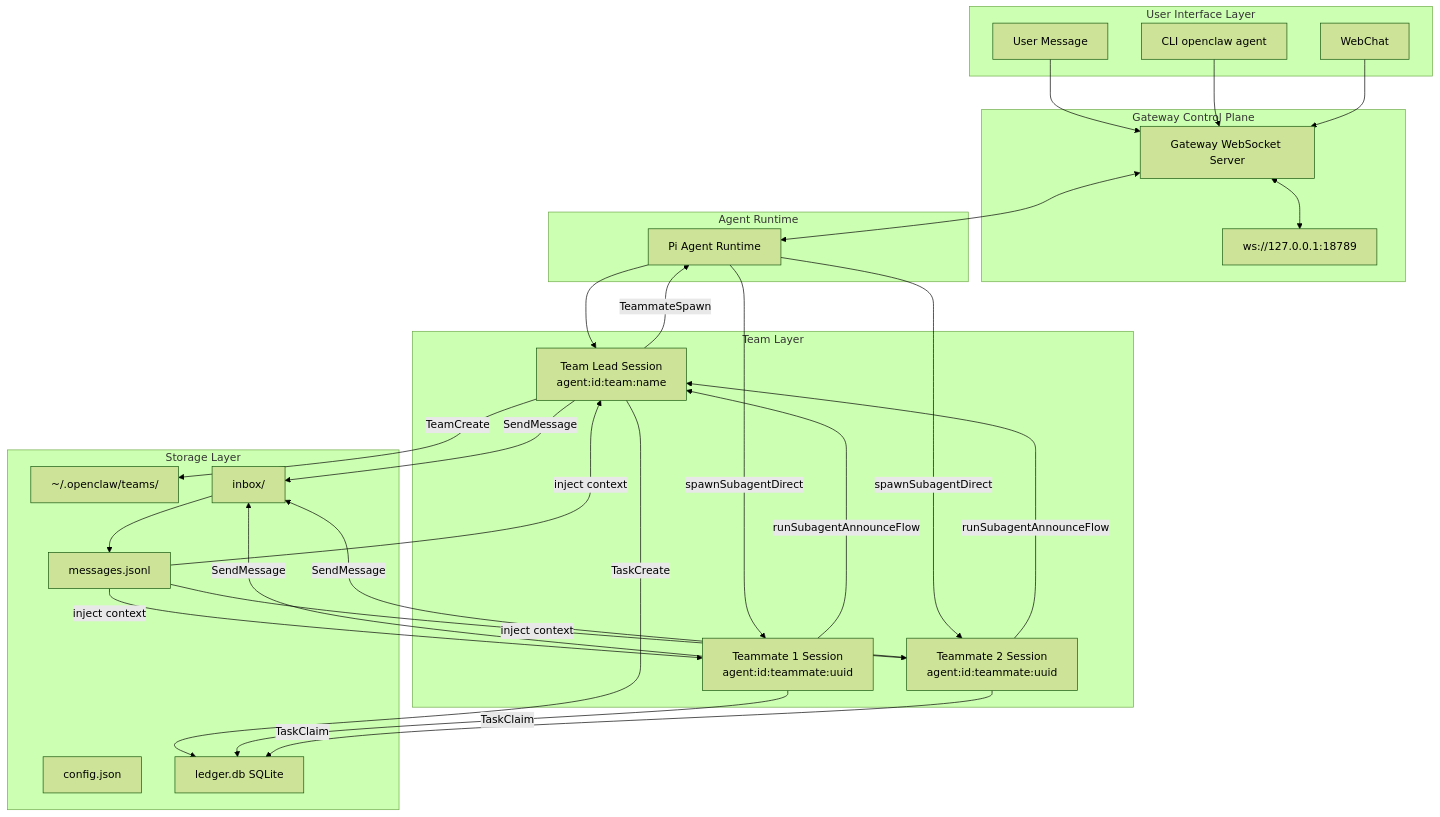
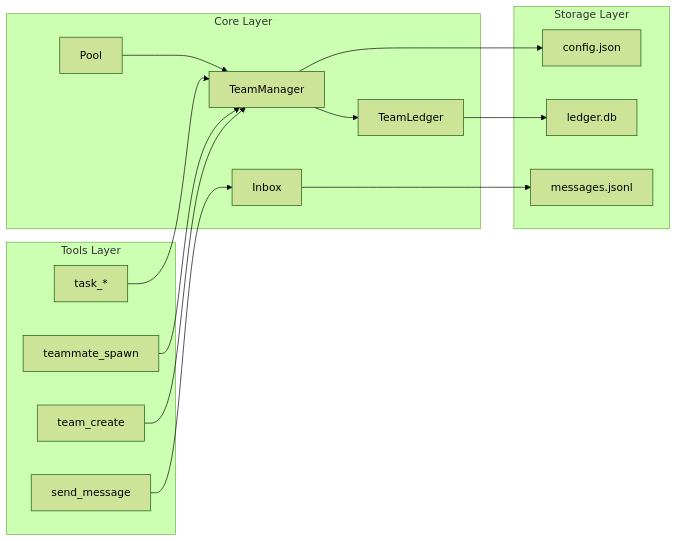
The diagram in docs/plans/2026-02-23-agent-teams-design/architecture.md (kbarbel640-del/openclaw), drawn with Mermaid (forest theme) before and after one commit. The commit also changed other lines of this file and 70 other files, not shown here.

First line of the commit message:
refactor(teams): consolidate plan, add task tools

````diff
--- a/docs/plans/2026-02-23-agent-teams-design/architecture.md
+++ b/docs/plans/2026-02-23-agent-teams-design/architecture.md
@@ -5,62 +52,33 @@
 ```mermaid
-graph TB
-    subgraph User Interface Layer
-        UI[User Message]
-        CLI[CLI openclaw agent]
-        WEB[WebChat]
+graph LR
+    subgraph Tools Layer
+        TC[team_create]
+        TS[teammate_spawn]
+        TK[task_*]
+        SM[send_message]
     end
 
-    subgraph Gateway Control Plane
-        GW[Gateway WebSocket Server]
-        WS[ws://127.0.0.1:18789]
-    end
-
-    subgraph Agent Runtime
-        PI[Pi Agent Runtime]
-    end
-
-    subgraph Team Layer
-        TL[Team Lead Session<br/>agent:id:team:name]
-        TM1[Teammate 1 Session<br/>agent:id:teammate:uuid]
-        TM2[Teammate 2 Session<br/>agent:id:teammate:uuid]
+    subgraph Core Layer
+        TM[TeamManager]
+        TL[TeamLedger]
+        IB[Inbox]
+        PL[Pool]
     end
 
     subgraph Storage Layer
-        DIR[~/.openclaw/teams/]
         CFG[config.json]
-        DB[ledger.db SQLite]
-        INBOX[inbox/]
-        MSGS[messages.jsonl]
+        DB[ledger.db]
+        JSONL[messages.jsonl]
     end
 
-    UI --> GW
-    CLI --> GW
-    WEB --> GW
+    TC --> TM
+    TS --> TM
+    TK --> TM
+    SM --> IB
 
-    GW <--> WS
-    GW <--> PI
-
-    PI --> TL
-
-    TL -->|TeammateSpawn| PI
-    PI -->|spawnSubagentDirect| TM1
-    PI -->|spawnSubagentDirect| TM2
-
-    TL -->|TeamCreate| DIR
-    TL -->|TaskCreate| DB
-
-    TM1 -->|TaskClaim| DB
-    TM2 -->|TaskClaim| DB
-
-    TM1 -->|SendMessage| INBOX
-    TM2 -->|SendMessage| INBOX
-    TL -->|SendMessage| INBOX
-
-    INBOX --> MSGS
-    MSGS -->|inject context| TM1
-    MSGS -->|inject context| TM2
-    MSGS -->|inject context| TL
-
-    TM1 -->|runSubagentAnnounceFlow| TL
-    TM2 -->|runSubagentAnnounceFlow| TL
+    TM --> TL
+    TM --> CFG
+    TL --> DB
+    IB --> JSONL
+    PL --> TM
 ```
````
